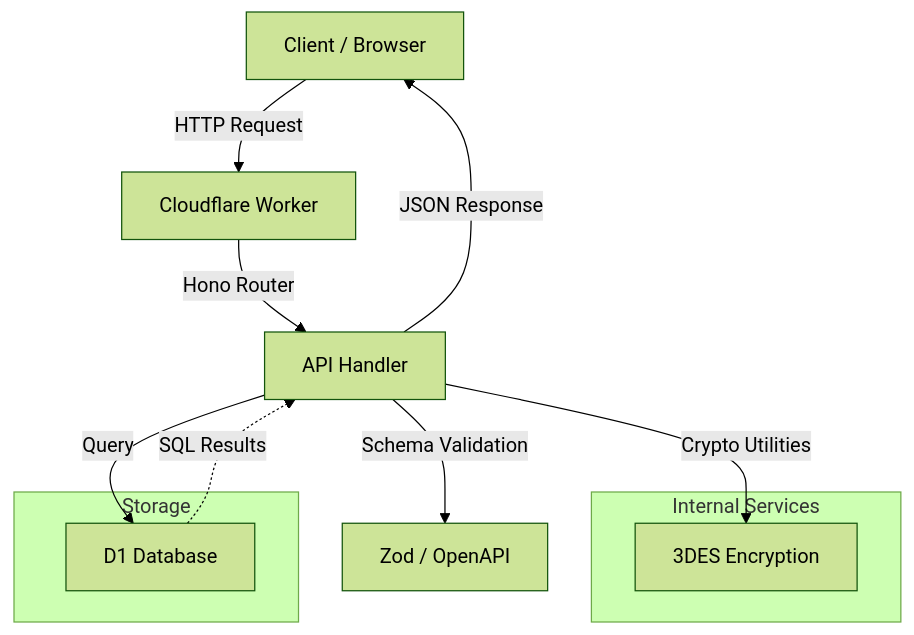
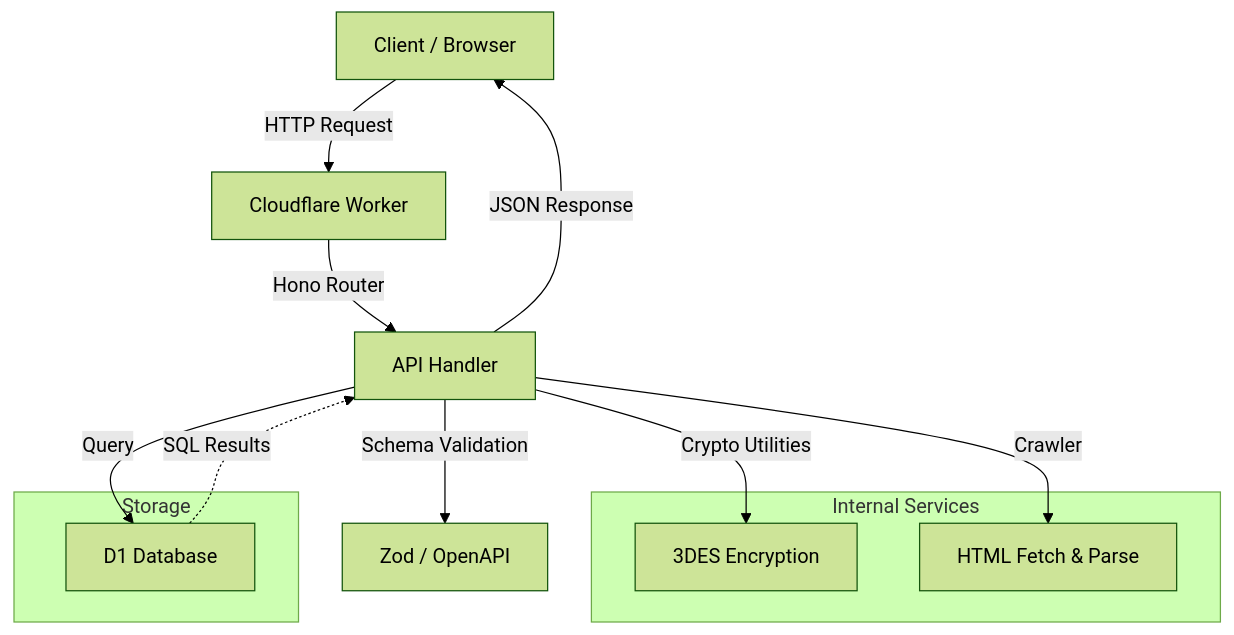
One commit to baokha04/sgkviet changed the diagram in AGENTS.md. Above: the diagram before and after it, drawn with Mermaid (forest theme). The commit also changed other lines of this file and 5 other files, not shown here.

````diff
--- a/AGENTS.md
+++ b/AGENTS.md
@@ -66,18 +71,20 @@
 ```mermaid
 graph TD
     Client[Client / Browser] -->|HTTP Request| Worker[Cloudflare Worker]
     Worker -->|Hono Router| Handler[API Handler]
     Handler -->|Schema Validation| Zod[Zod / OpenAPI]
     Handler -->|Query| D1[D1 Database]
     Handler -->|Crypto Utilities| Crypto[3DES Encryption]
+    Handler -->|Crawler| Crawler[HTML Fetch & Parse]
     D1 -.->|SQL Results| Handler
     Handler -->|JSON Response| Client
 
     subgraph "Internal Services"
         Crypto
+        Crawler
     end
 
     subgraph "Storage"
         D1
     end
 ```
````
